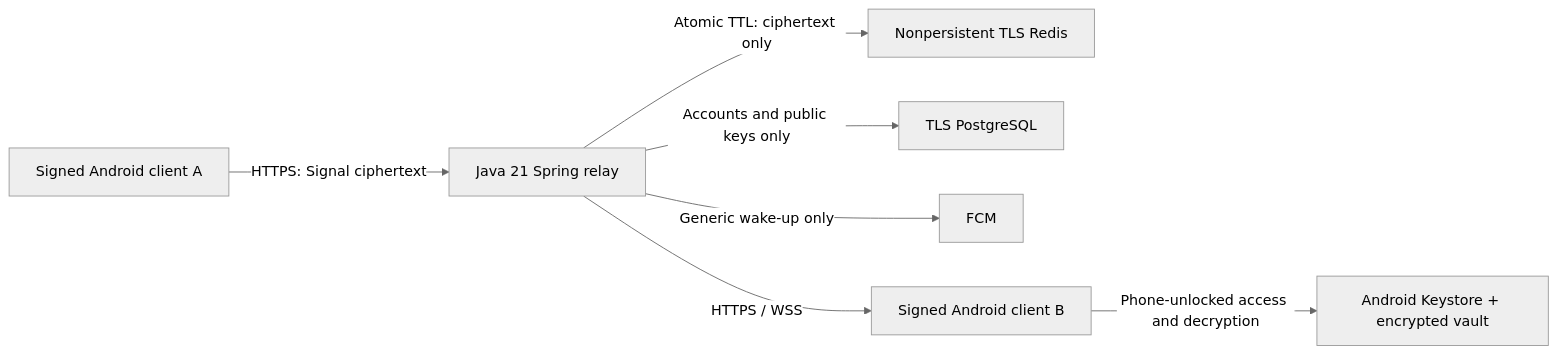
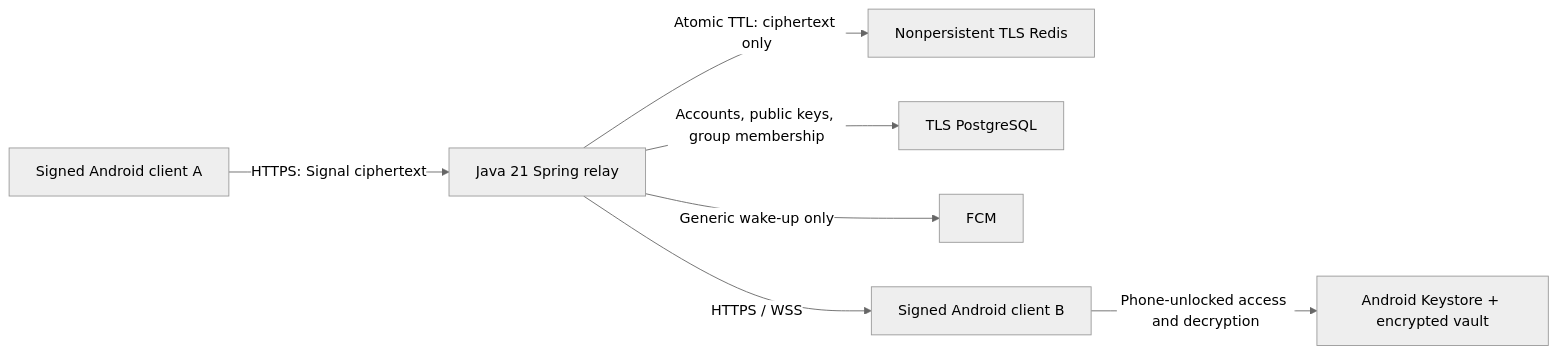
One commit to RichardHenryJames/vanishr changed the diagram in docs/ARCHITECTURE.md. Above: the diagram before and after it, drawn with Mermaid (neutral theme). The commit also changed other lines of this file and 92 other files, not shown here.

````diff
--- a/docs/ARCHITECTURE.md
+++ b/docs/ARCHITECTURE.md
@@ -7,9 +8,9 @@
 ```mermaid
 flowchart LR
     A[Signed Android client A] -->|HTTPS: Signal ciphertext| R[Java 21 Spring relay]
     R -->|Atomic TTL: ciphertext only| E[Nonpersistent TLS Redis]
-    R -->|Accounts and public keys only| P[TLS PostgreSQL]
+   R -->|Accounts, public keys, group membership| P[TLS PostgreSQL]
     R -->|Generic wake-up only| F[FCM]
     R -->|HTTPS / WSS| B[Signed Android client B]
    B -->|Phone-unlocked access and decryption| K[Android Keystore + encrypted vault]
 ```
````
